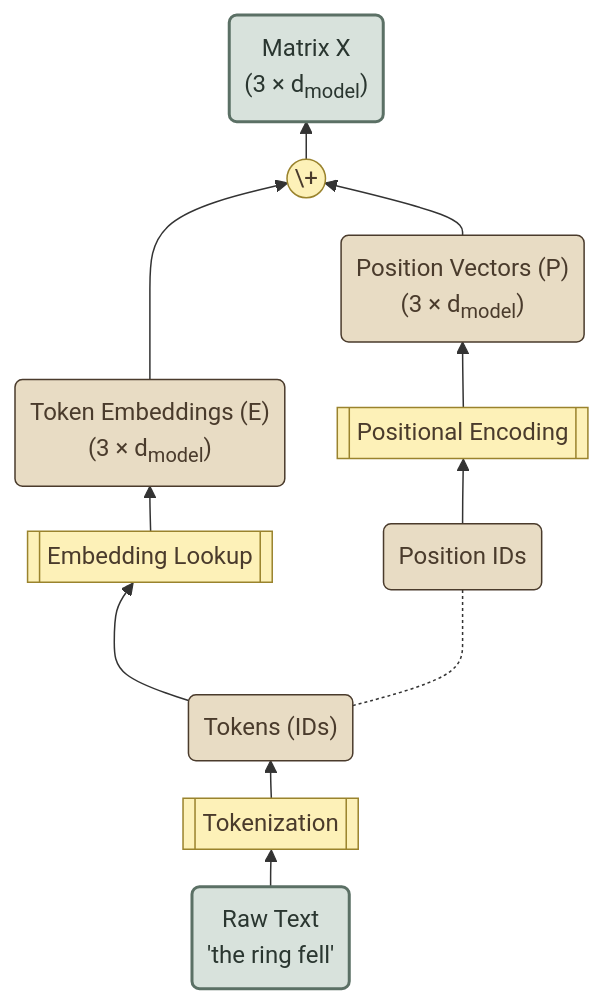
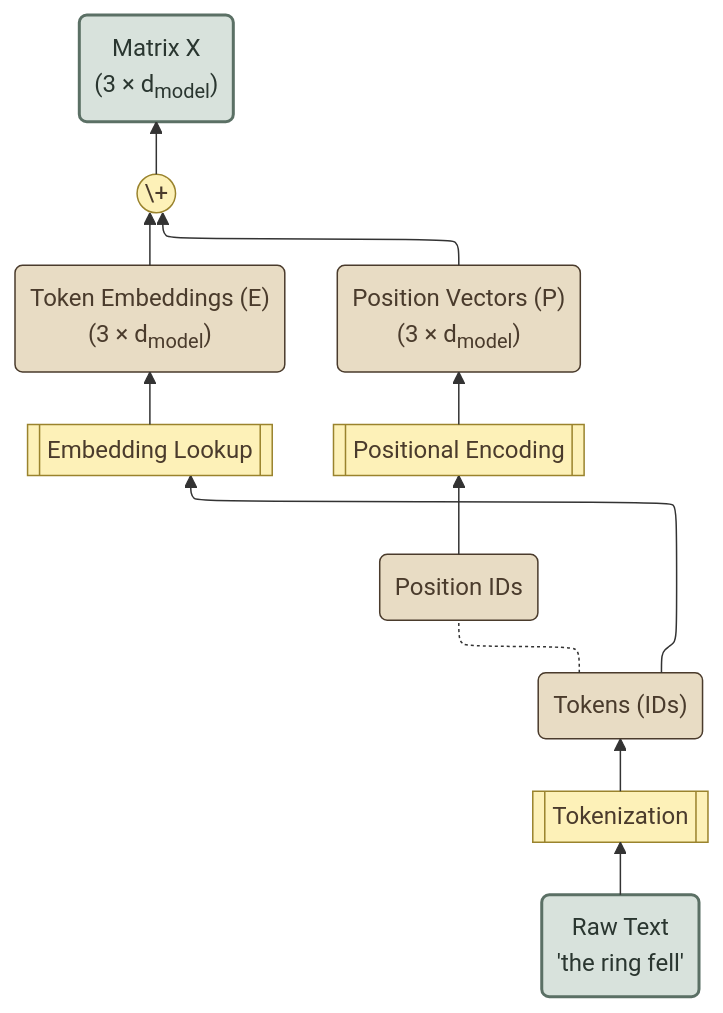
Before and after one commit to manhowong/transformer-walkthrough: the second of 2 diagrams in src/module-01.qmd, drawn with Mermaid.

Commit message:
updated ch1

````diff
--- a/src/module-01.qmd
+++ b/src/module-01.qmd
@@ -212,44 +212,45 @@
 ```{mermaid}
 ---
 config:
+  layout: elk
   themeVariables:
     fontFamily: "monospace"
   flowchart:
     nodeSpacing: 35
     rankSpacing: 25
     padding: 10
 ---
 flowchart BT
     A("Raw Text<br>'the ring fell'")
     B[["Tokenization"]]
     C("Tokens (IDs)<br>")
     D[["Embedding Lookup"]]
     E("Token Embeddings (E)<br>(3 × d<sub>model</sub>)")
     F("Position IDs<br>")
     G[["Positional Encoding"]]
     H("Position Vectors (P)<br>(3 × d<sub>model</sub>)")
     I(("\+"))
     J("Matrix X<br>(3 × d<sub>model</sub>)")
 
     A --> B --> C --> D --> E --> I
     C ~~~ Dummy[ ] ~~~ D 
     F --> G --> H --> I
     I --> J
     C -..- F
     
     style A fill:#d8e2dc,stroke:#5b7065,color:#2a3630,stroke-width:2px
     style J fill:#d8e2dc,stroke:#5b7065,color:#2a3630,stroke-width:2px
     
     style B fill:#fdf1b8,stroke:#9a832d,color:#4a3b2c
     style D fill:#fdf1b8,stroke:#9a832d,color:#4a3b2c
     style G fill:#fdf1b8,stroke:#9a832d,color:#4a3b2c
     style I fill:#fdf1b8,stroke:#9a832d,color:#4a3b2c
    
     style C fill:#e8dcc4,stroke:#4a3b2c,color:#4a3b2c
     style E fill:#e8dcc4,stroke:#4a3b2c,color:#4a3b2c
     style F fill:#e8dcc4,stroke:#4a3b2c,color:#4a3b2c
     style H fill:#e8dcc4,stroke:#4a3b2c,color:#4a3b2c
     
     style Dummy fill:transparent,stroke:transparent
 
 ```
````
